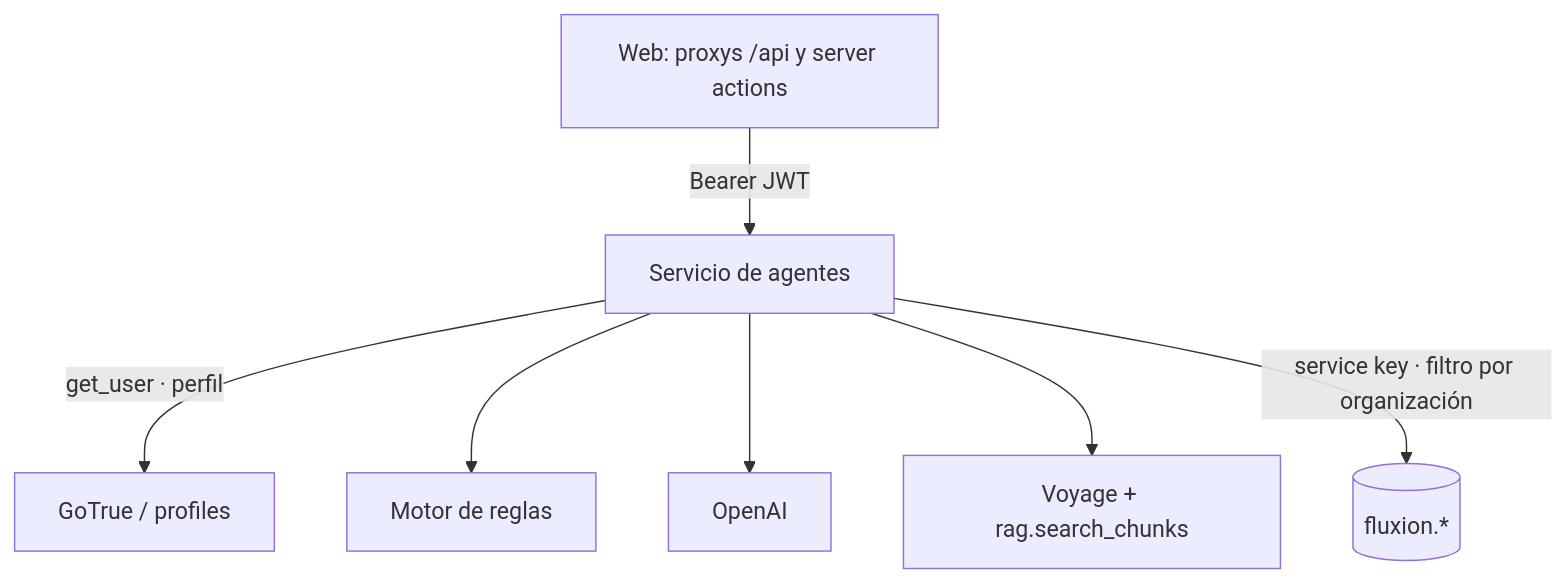
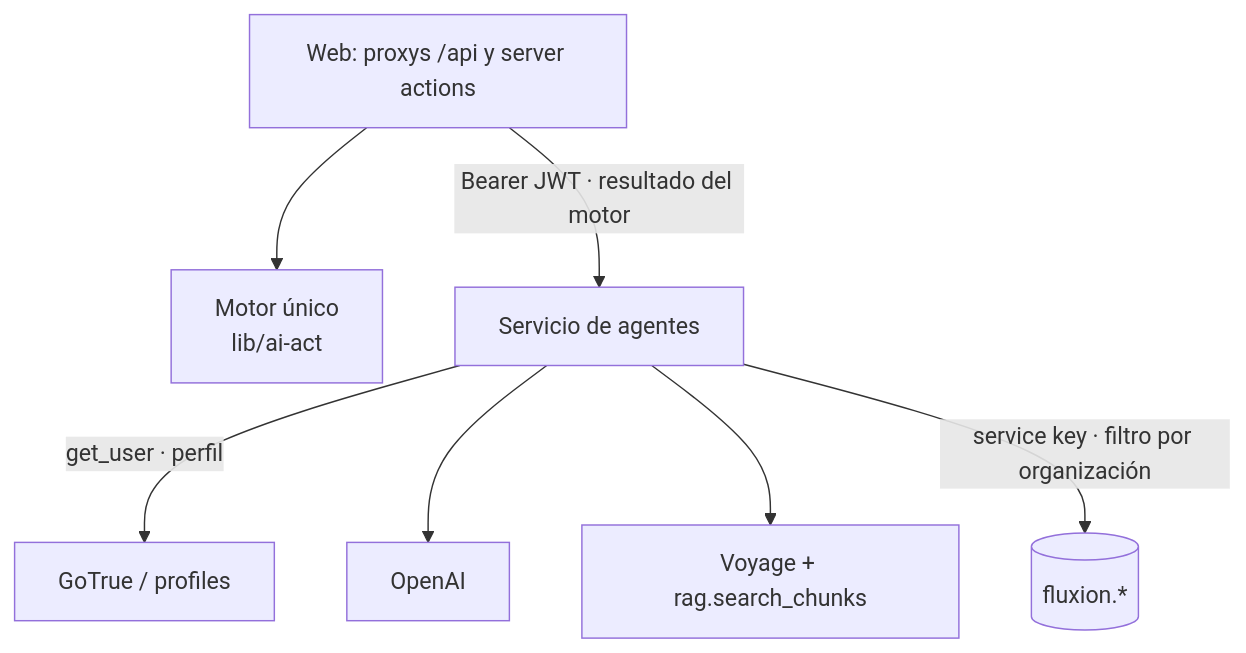
One commit to albarracingarciap/fluxion-saas changed the first of 2 diagrams in docs/tecnica/servicio-agentes.md. Above: the diagram before and after it, drawn with Mermaid. The commit also changed other lines of this file and 15 other files, not shown here.

````diff
--- a/docs/tecnica/servicio-agentes.md
+++ b/docs/tecnica/servicio-agentes.md
@@ -43,9 +52,9 @@
 ```mermaid
 flowchart TB
-  W[Web: proxys /api y server actions] -->|Bearer JWT| A[Servicio de agentes]
+  W[Web: proxys /api y server actions] --> M[Motor único<br/>lib/ai-act]
+  W -->|Bearer JWT · resultado del motor| A[Servicio de agentes]
   A -->|get_user · perfil| GT[GoTrue / profiles]
-  A --> R[Motor de reglas]
   A --> L[OpenAI]
   A --> V[Voyage + rag.search_chunks]
   A -->|service key · filtro por organización| DB[(fluxion.*)]
 ```
````
